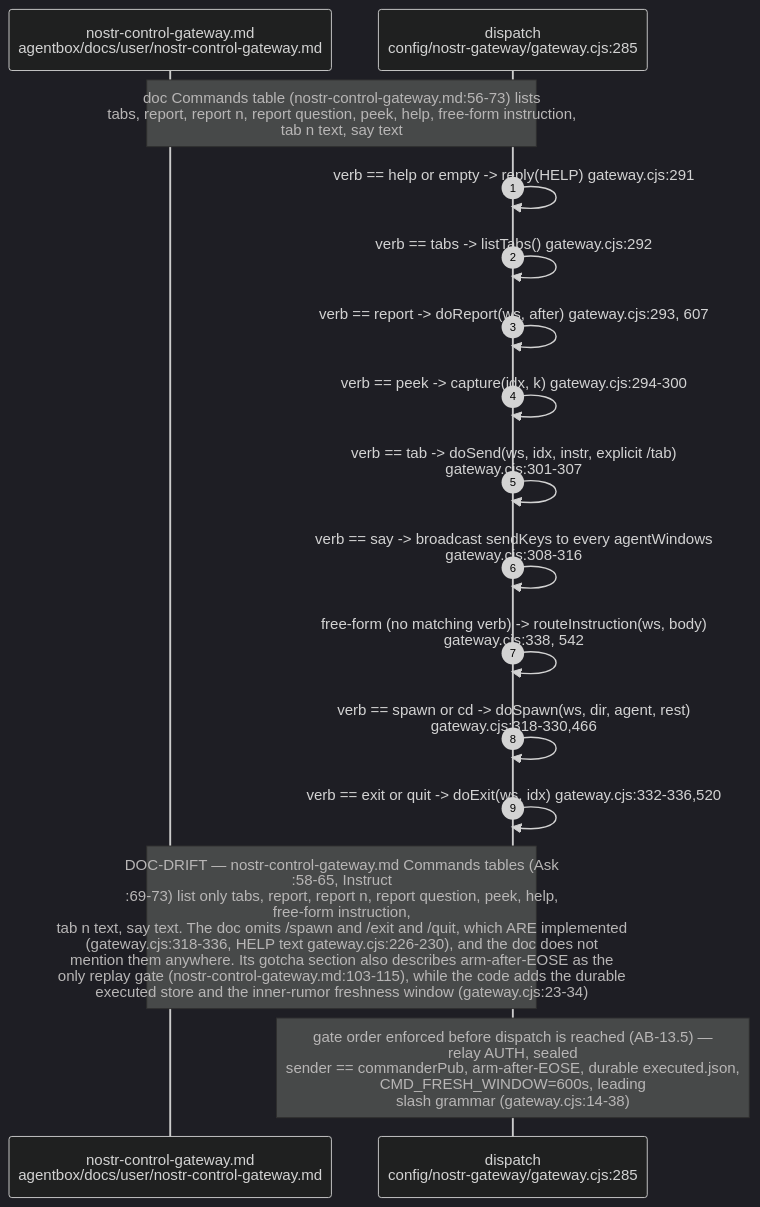
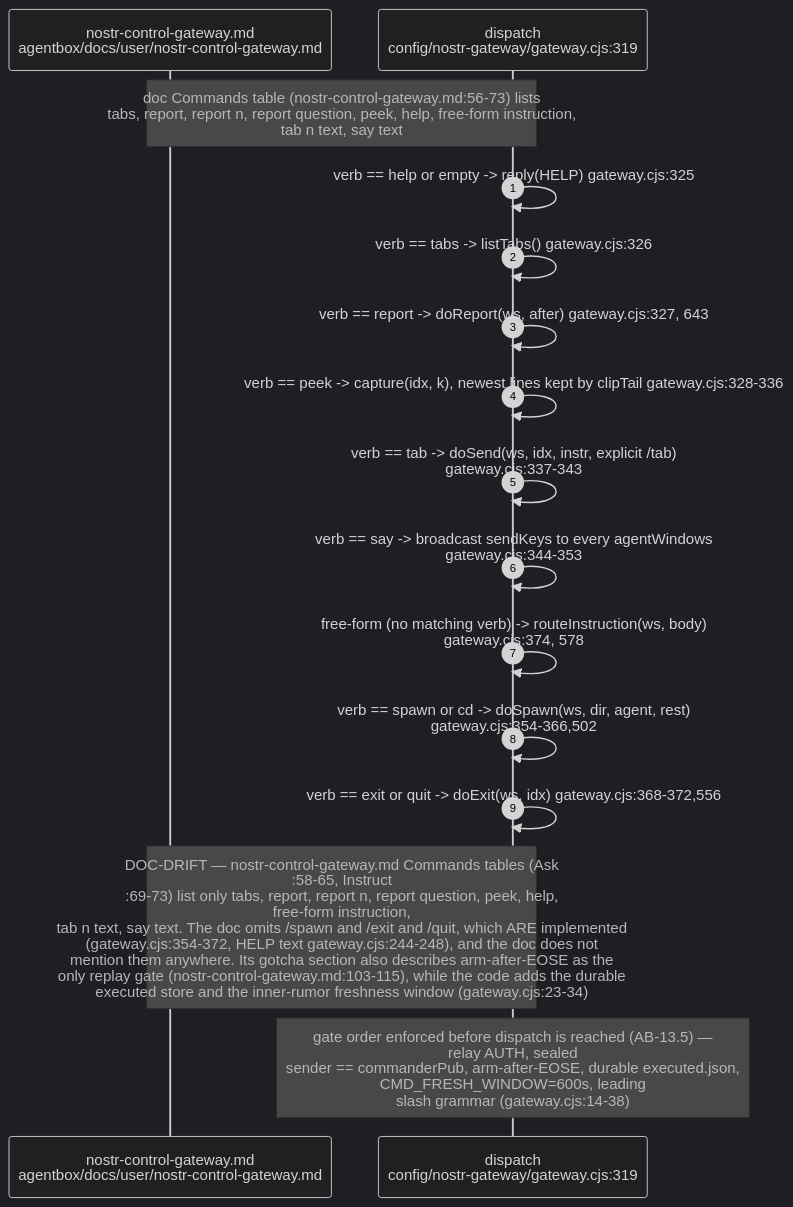
The tenth of 16 diagrams in docs/diagrams/agentbox/13-nostr-relay-gateway-bridge-mirror.md (DreamLab-AI/VisionFlow), drawn with Mermaid (dark theme) before and after one commit. The commit also changed other lines of this file and 7 other files, not shown here.

First line of the commit message:
diagrams(agentbox): re-verify AB-09..AB-16 at agentbox 59b1aca, re-stamp

````diff
--- a/docs/diagrams/agentbox/13-nostr-relay-gateway-bridge-mirror.md
+++ b/docs/diagrams/agentbox/13-nostr-relay-gateway-bridge-mirror.md
@@ -442,19 +443,19 @@
 ```mermaid
 sequenceDiagram
     autonumber
     participant DOC as nostr-control-gateway.md<br/>agentbox/docs/user/nostr-control-gateway.md
-    participant DISP as dispatch<br/>config/nostr-gateway/gateway.cjs:285
+    participant DISP as dispatch<br/>config/nostr-gateway/gateway.cjs:319
 
 Note over DOC,DISP: doc Commands table (nostr-control-gateway.md:56-73) lists<br/>tabs, report, report n, report question, peek, help, free-form instruction,<br/>tab n text, say text
-    DISP->>DISP: verb == help or empty -> reply(HELP) gateway.cjs:291
-    DISP->>DISP: verb == tabs -> listTabs() gateway.cjs:292
-    DISP->>DISP: verb == report -> doReport(ws, after) gateway.cjs:293, 607
-    DISP->>DISP: verb == peek -> capture(idx, k) gateway.cjs:294-300
-DISP->>DISP: verb == tab -> doSend(ws, idx, instr, explicit /tab)<br/>gateway.cjs:301-307
-DISP->>DISP: verb == say -> broadcast sendKeys to every agentWindows<br/>gateway.cjs:308-316
-DISP->>DISP: free-form (no matching verb) -> routeInstruction(ws, body)<br/>gateway.cjs:338, 542
-DISP->>DISP: verb == spawn or cd -> doSpawn(ws, dir, agent, rest)<br/>gateway.cjs:318-330,466
-    DISP->>DISP: verb == exit or quit -> doExit(ws, idx) gateway.cjs:332-336,520
-Note over DOC,DISP: DOC-DRIFT — nostr-control-gateway.md Commands tables (Ask<br/>:58-65, Instruct<br/>:69-73) list only tabs, report, report n, report question, peek, help,<br/>free-form instruction,<br/>tab n text, say text. The doc omits /spawn and /exit and /quit, which ARE implemented<br/>(gateway.cjs:318-336, HELP text gateway.cjs:226-230), and the doc does not<br/>mention them anywhere. Its gotcha section also describes arm-after-EOSE as the<br/>only replay gate (nostr-control-gateway.md:103-115), while the code adds the durable<br/>executed store and the inner-rumor freshness window (gateway.cjs:23-34)
+    DISP->>DISP: verb == help or empty -> reply(HELP) gateway.cjs:325
+    DISP->>DISP: verb == tabs -> listTabs() gateway.cjs:326
+    DISP->>DISP: verb == report -> doReport(ws, after) gateway.cjs:327, 643
+    DISP->>DISP: verb == peek -> capture(idx, k), newest lines kept by clipTail gateway.cjs:328-336
+DISP->>DISP: verb == tab -> doSend(ws, idx, instr, explicit /tab)<br/>gateway.cjs:337-343
+DISP->>DISP: verb == say -> broadcast sendKeys to every agentWindows<br/>gateway.cjs:344-353
+DISP->>DISP: free-form (no matching verb) -> routeInstruction(ws, body)<br/>gateway.cjs:374, 578
+DISP->>DISP: verb == spawn or cd -> doSpawn(ws, dir, agent, rest)<br/>gateway.cjs:354-366,502
+    DISP->>DISP: verb == exit or quit -> doExit(ws, idx) gateway.cjs:368-372,556
+Note over DOC,DISP: DOC-DRIFT — nostr-control-gateway.md Commands tables (Ask<br/>:58-65, Instruct<br/>:69-73) list only tabs, report, report n, report question, peek, help,<br/>free-form instruction,<br/>tab n text, say text. The doc omits /spawn and /exit and /quit, which ARE implemented<br/>(gateway.cjs:354-372, HELP text gateway.cjs:244-248), and the doc does not<br/>mention them anywhere. Its gotcha section also describes arm-after-EOSE as the<br/>only replay gate (nostr-control-gateway.md:103-115), while the code adds the durable<br/>executed store and the inner-rumor freshness window (gateway.cjs:23-34)
 Note over DISP: gate order enforced before dispatch is reached (AB-13.5) —<br/>relay AUTH, sealed<br/>sender == commanderPub, arm-after-EOSE, durable executed.json,<br/>CMD_FRESH_WINDOW=600s, leading<br/>slash grammar (gateway.cjs:14-38)
 ```
````
